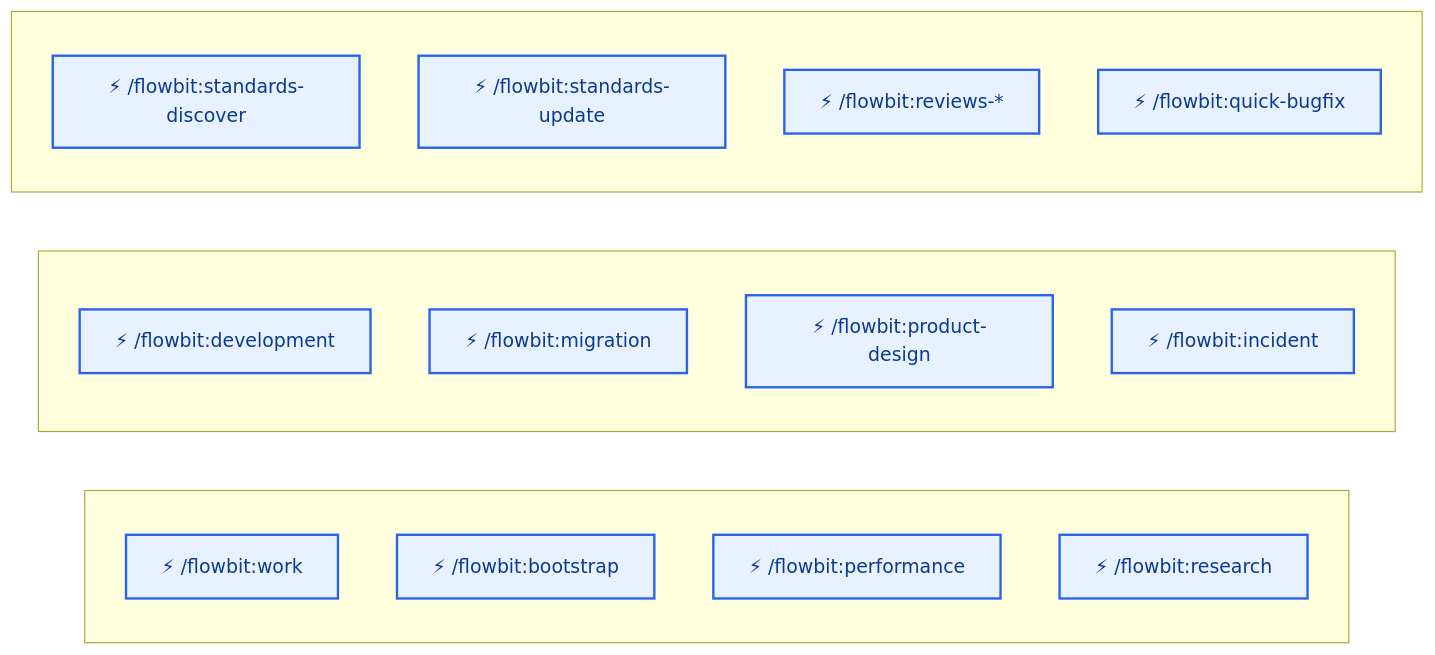
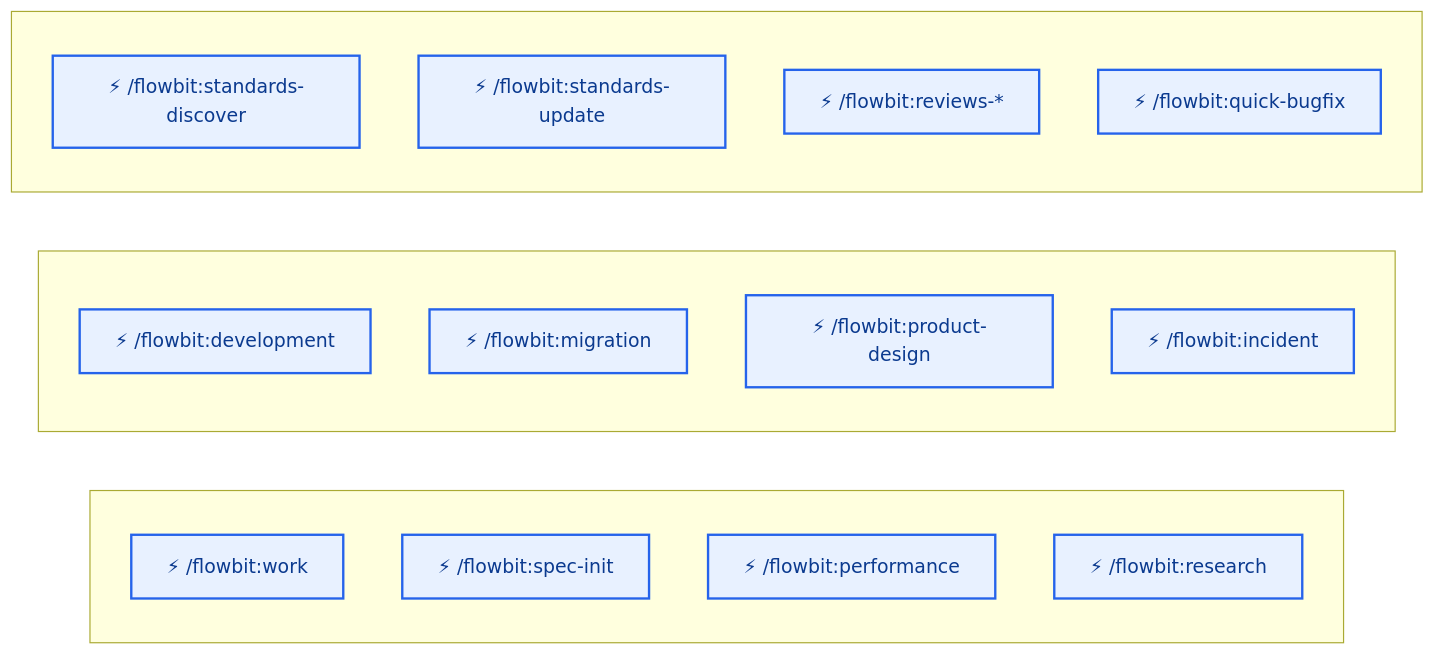
Before and after one commit to plucins/flowbit: the first of 9 diagrams in docs/flow/overview.md, drawn with Mermaid. The commit also changed other lines of this file and 22 other files, not shown here.

First line of the commit message:
Rename bootstrap skill to spec-init

````diff
--- a/docs/flow/overview.md
+++ b/docs/flow/overview.md
@@ -40,29 +40,29 @@
 ```mermaid
 graph LR
   subgraph C1[" "]
     direction TB
     WORK["⚡ /flowbit:work"]
-    INIT["⚡ /flowbit:bootstrap"]
+    INIT["⚡ /flowbit:spec-init"]
     PERF["⚡ /flowbit:performance"]
     RES["⚡ /flowbit:research"]
   end
 
   subgraph C2[" "]
     direction TB
     DEV["⚡ /flowbit:development"]
     MIG["⚡ /flowbit:migration"]
     PD["⚡ /flowbit:product-design"]
     INC["⚡ /flowbit:incident"]
   end
 
   subgraph C3[" "]
     direction TB
     STD_DISC["⚡ /flowbit:standards-discover"]
     STD_UPD["⚡ /flowbit:standards-update"]
     REV["⚡ /flowbit:reviews-*"]
     QBUG["⚡ /flowbit:quick-bugfix"]
   end
 
   classDef cmd fill:#E8F1FF,stroke:#2563EB,stroke-width:2px,color:#0B3A8F;
   class WORK,INIT,DEV,PERF,MIG,RES,PD,INC,STD_DISC,STD_UPD,REV,QBUG cmd;
 ```
````
